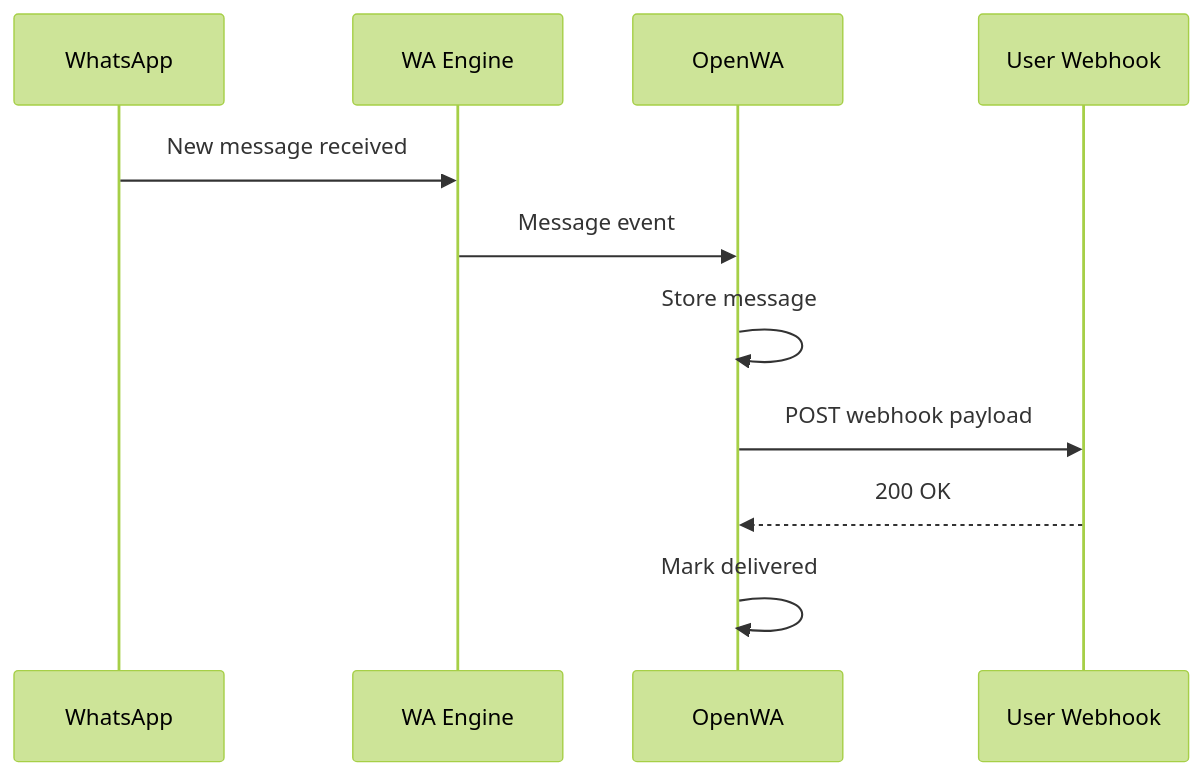
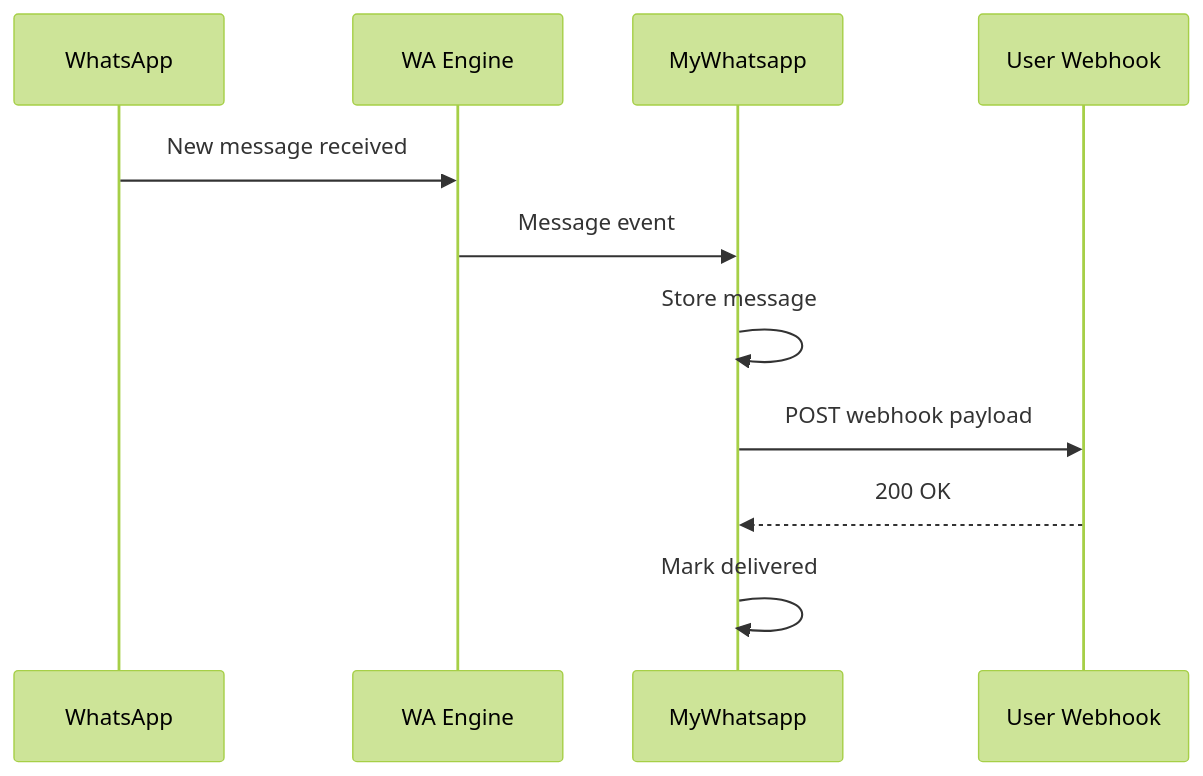
Before and after one commit to Myenum2412/whatsapptool: diagram 12 of 13 in docs/02-requirements-specification.md, drawn with Mermaid (forest theme). The commit also changed other lines of this file and 874 other files, not shown here.

````diff
--- a/docs/02-requirements-specification.md
+++ b/docs/02-requirements-specification.md
@@ -411,14 +411,14 @@
 ```mermaid
 sequenceDiagram
     participant WA as WhatsApp
     participant Engine as WA Engine
-    participant API as OpenWA
+    participant API as MyWhatsapp
     participant WH as User Webhook
 
     WA->>Engine: New message received
     Engine->>API: Message event
     API->>API: Store message
     API->>WH: POST webhook payload
     WH-->>API: 200 OK
     API->>API: Mark delivered
 ```
````
